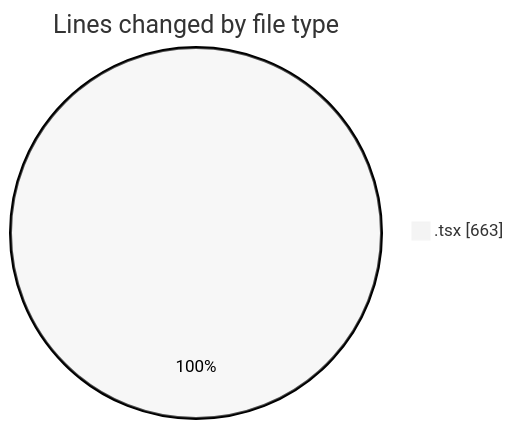
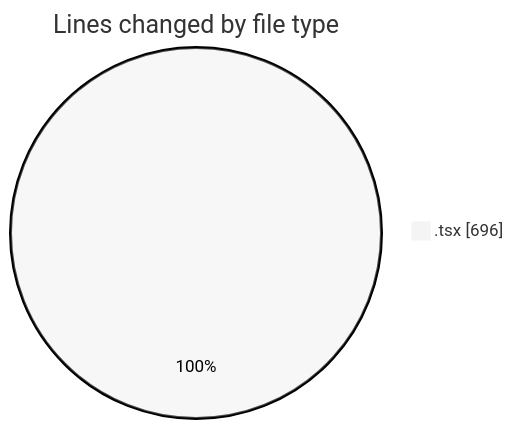
Before and after one commit to Ritupan-Deka/code-tracking: the first of 2 diagrams in 2025-10-15/scopecraft/README.md, drawn with Mermaid (neutral theme). The commit also changed other lines of this file and 1 other file, not shown here.

````diff
--- a/2025-10-15/scopecraft/README.md
+++ b/2025-10-15/scopecraft/README.md
@@ -22,5 +22,5 @@
 ```mermaid
 pie showData
 title Lines changed by file type
-".tsx" : 663
+".tsx" : 696
 ```
````
